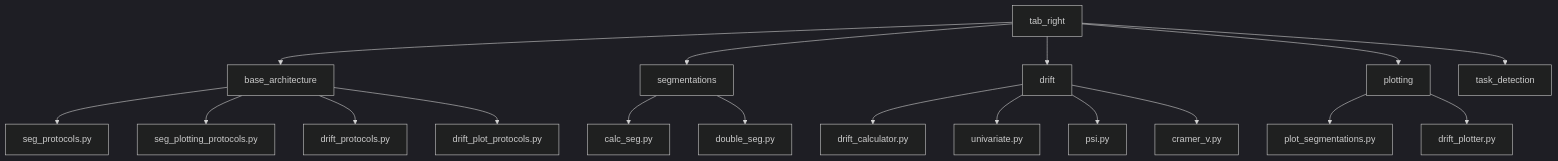
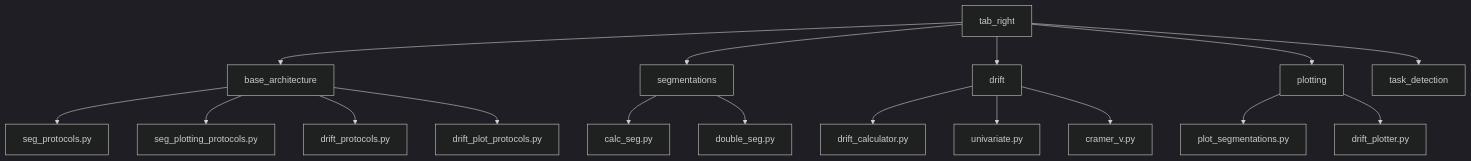
Before and after one commit to DanielAvdar/Tab-right: the second of 4 diagrams in docs/source/architecture.rst, drawn with Mermaid (dark theme). The commit also changed 4 other files, not shown here.

```diff
--- a/docs/source/architecture.rst
+++ b/docs/source/architecture.rst
@@ -65,24 +65,23 @@
 .. mermaid::
 
    graph TD
       A[tab_right] --> B[base_architecture]
       A --> C[segmentations]
       A --> D[drift]
       A --> E[plotting]
       A --> F[task_detection]
 
       B --> B1[seg_protocols.py]
       B --> B2[seg_plotting_protocols.py]
       B --> B3[drift_protocols.py]
       B --> B4[drift_plot_protocols.py]
 
       C --> C1[calc_seg.py]
       C --> C2[double_seg.py]
 
       D --> D1[drift_calculator.py]
       D --> D2[univariate.py]
-      D --> D3[psi.py]
-      D --> D4[cramer_v.py]
+      D --> D3[cramer_v.py]
 
       E --> E1[plot_segmentations.py]
       E --> E2[drift_plotter.py]
```
